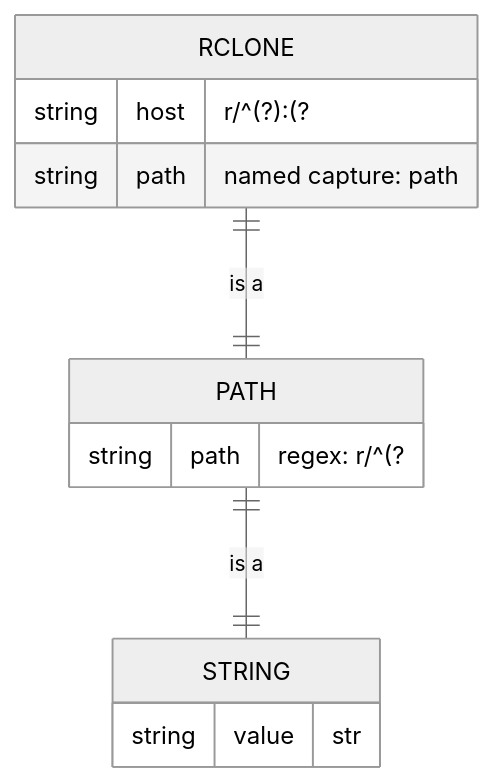
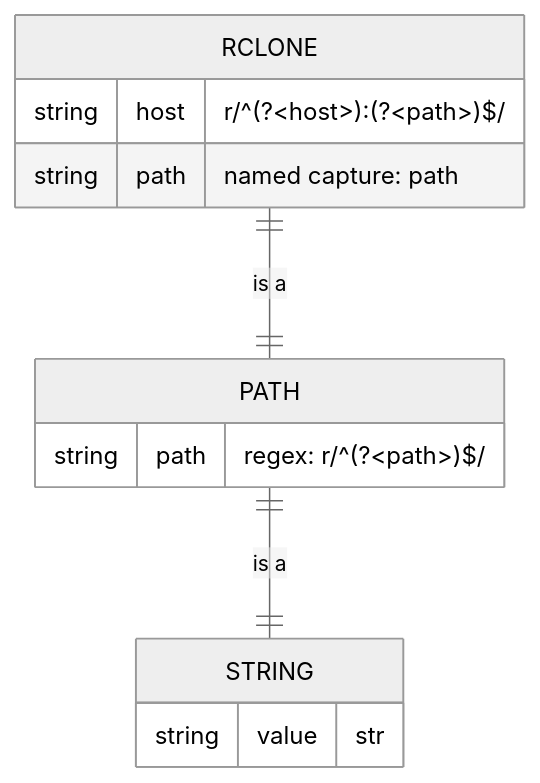
The third of 3 diagrams in docs/SPECS.md (BinaryBand/raspberry-hi), drawn with Mermaid (neutral theme) before and after one commit. The commit also changed other lines of this file and 4 other files, not shown here.

````diff
--- a/docs/SPECS.md
+++ b/docs/SPECS.md
@@ -184,17 +174,17 @@
 ```mermaid
 erDiagram
   RCLONE {
-    string host "r/^(?<host>):(?<path>)$/"
+    string host "r/^(?&lt;host>):(?&lt;path>)$/"
     string path "named capture: path"
   }
   PATH {
-    string path "regex: r/^(?<path>)$/"
+    string path "regex: r/^(?&lt;path>)$/"
   }
   STRING {
     string value "str"
   }
 
   RCLONE ||--|| PATH : "is a"
   PATH ||--|| STRING : "is a"
 
 ```
````
